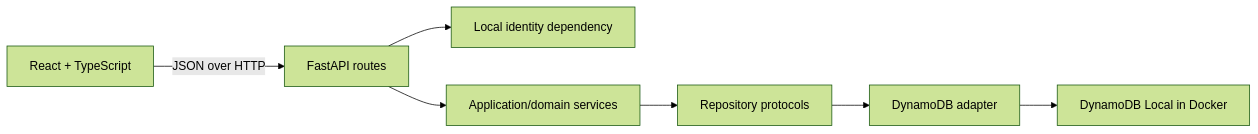
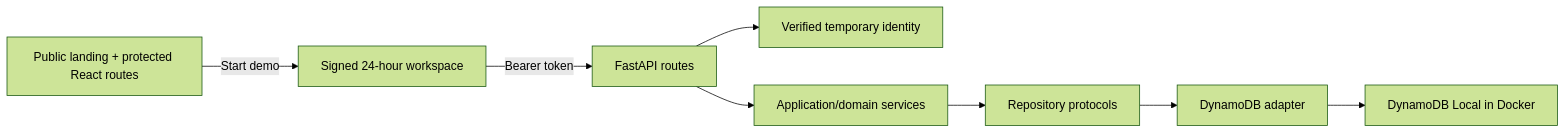
One commit to xiolest1/HireFlux changed the first of 2 diagrams in docs/architecture.md. Above: the diagram before and after it, drawn with Mermaid (forest theme). The commit also changed other lines of this file and 49 other files, not shown here.

Commit message:
added isolated recruiter demo workspace

````diff
--- a/docs/architecture.md
+++ b/docs/architecture.md
@@ -11,9 +11,10 @@
 ```mermaid
 flowchart LR
-    Browser["React + TypeScript"] -->|"JSON over HTTP"| API["FastAPI routes"]
-    API --> Auth["Local identity dependency"]
+    Browser["Public landing + protected React routes"] -->|"Start demo"| Session["Signed 24-hour workspace"]
+    Session -->|"Bearer token"| API["FastAPI routes"]
+    API --> Auth["Verified temporary identity"]
     API --> Services["Application/domain services"]
     Services --> Ports["Repository protocols"]
     Ports --> Adapter["DynamoDB adapter"]
     Adapter --> LocalDB["DynamoDB Local in Docker"]
 ```
````
